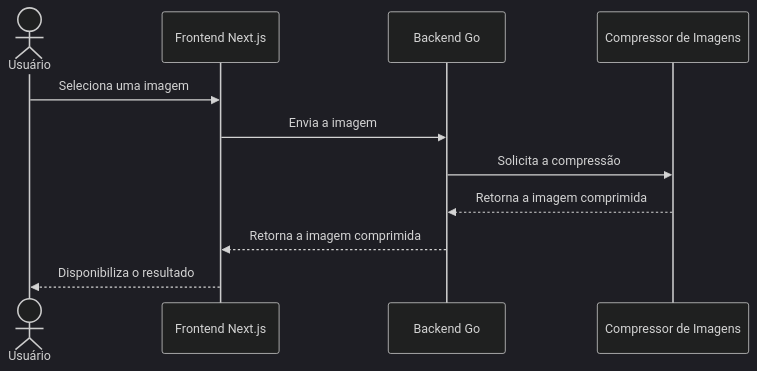
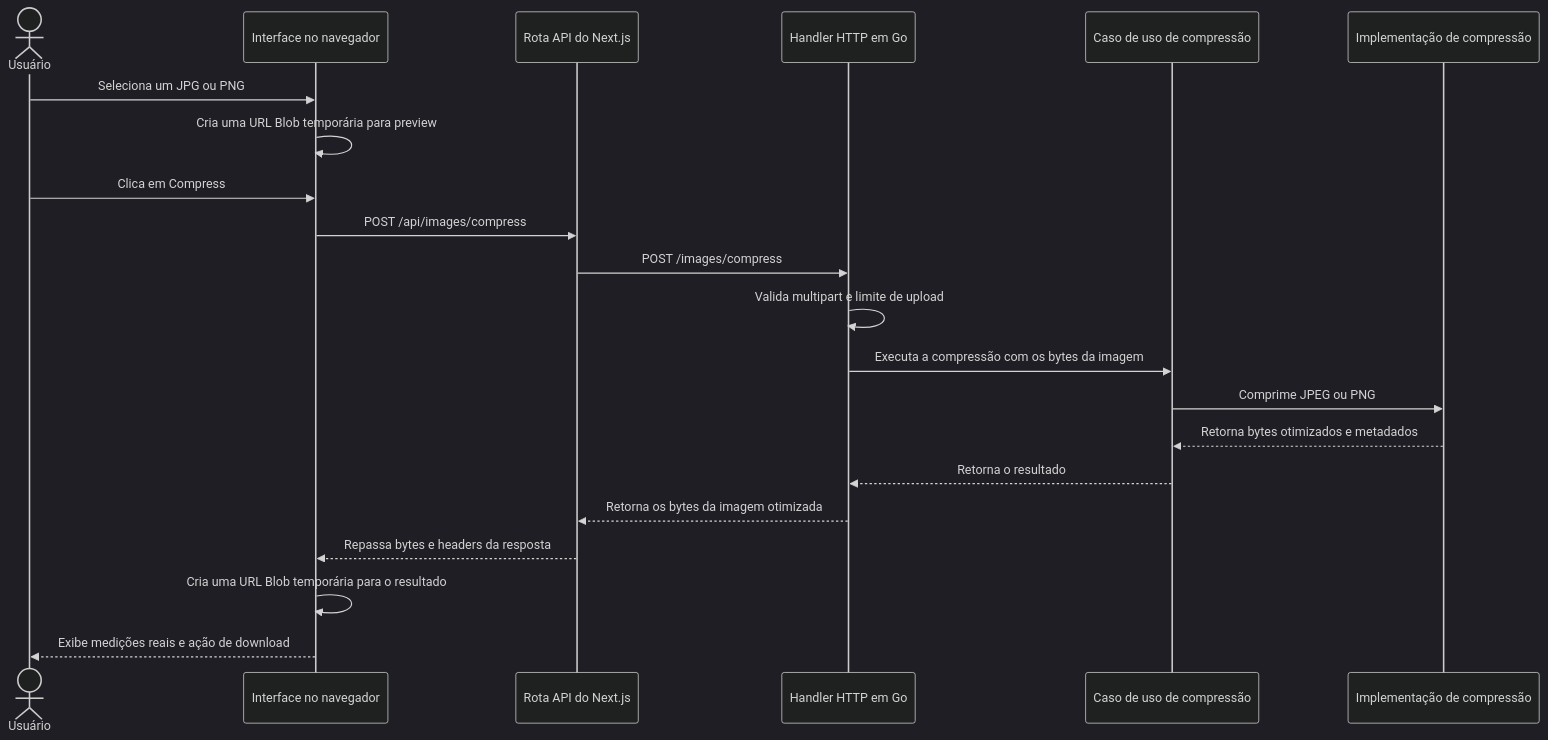
Before and after one commit to juniocr26/go-image-optimizer: the diagram in docs/pt-BR/architecture.md, drawn with Mermaid (dark theme). The commit also changed other lines of this file and 21 other files, not shown here.

````diff
--- a/docs/pt-BR/architecture.md
+++ b/docs/pt-BR/architecture.md
@@ -68,14 +20,24 @@
 ```mermaid
 sequenceDiagram
     actor User as Usuário
-    participant Frontend as Frontend Next.js
-    participant Backend as Backend Go
-    participant Processor as Compressor de Imagens
+    participant Browser as Interface no navegador
+    participant NextAPI as Rota API do Next.js
+    participant Handler as Handler HTTP em Go
+    participant UseCase as Caso de uso de compressão
+    participant Compressor as Implementação de compressão
 
-    User->>Frontend: Seleciona uma imagem
-    Frontend->>Backend: Envia a imagem
-    Backend->>Processor: Solicita a compressão
-    Processor-->>Backend: Retorna a imagem comprimida
-    Backend-->>Frontend: Retorna a imagem comprimida
-    Frontend-->>User: Disponibiliza o resultado
+    User->>Browser: Seleciona um JPG ou PNG
+    Browser->>Browser: Cria uma URL Blob temporária para preview
+    User->>Browser: Clica em Compress
+    Browser->>NextAPI: POST /api/images/compress
+    NextAPI->>Handler: POST /images/compress
+    Handler->>Handler: Valida multipart e limite de upload
+    Handler->>UseCase: Executa a compressão com os bytes da imagem
+    UseCase->>Compressor: Comprime JPEG ou PNG
+    Compressor-->>UseCase: Retorna bytes otimizados e metadados
+    UseCase-->>Handler: Retorna o resultado
+    Handler-->>NextAPI: Retorna os bytes da imagem otimizada
+    NextAPI-->>Browser: Repassa bytes e headers da resposta
+    Browser->>Browser: Cria uma URL Blob temporária para o resultado
+    Browser-->>User: Exibe medições reais e ação de download
 ```
````
